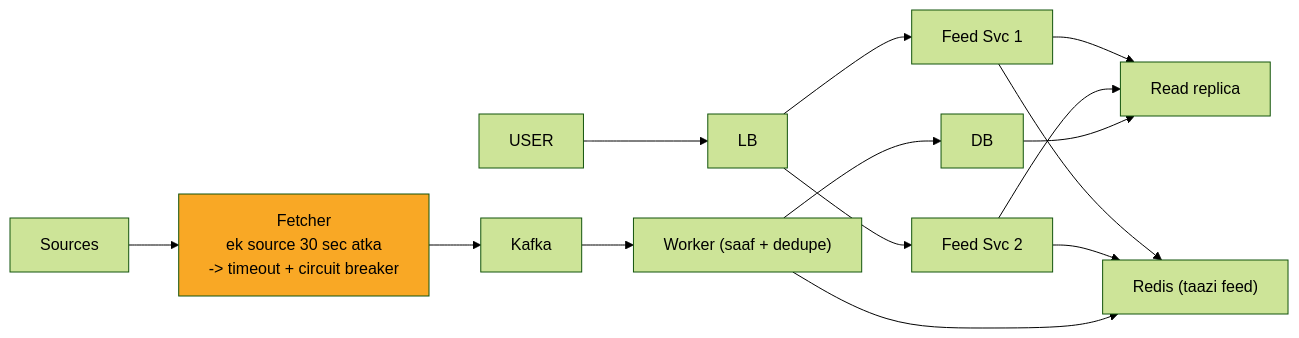
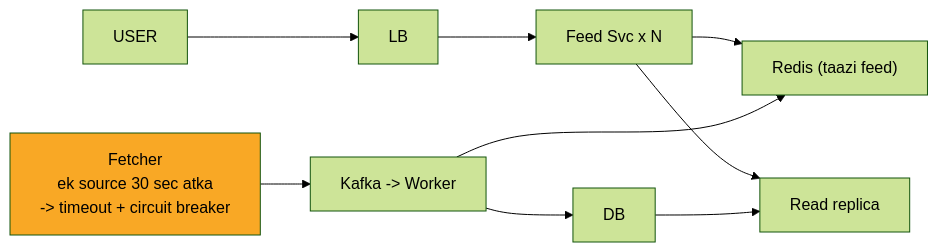
One commit to ArpanMaheshwari144/Prep changed the sixth of 11 diagrams in 04_HLD/SYSTEM_DESIGNS/08_news_aggregator/08_news_aggregator_INTERVIEW.md. Above: the diagram before and after it, drawn with Mermaid (forest theme). The commit also changed other lines of this file and 11 other files, not shown here.

Commit message:
hld: card diagrams max 8 boxes (App x N, merged stores/chains; full diagram only in AAKHRI DABBA)

````diff
--- a/04_HLD/SYSTEM_DESIGNS/08_news_aggregator/08_news_aggregator_INTERVIEW.md
+++ b/04_HLD/SYSTEM_DESIGNS/08_news_aggregator/08_news_aggregator_INTERVIEW.md
@@ -235,28 +219,20 @@
 ```mermaid
 flowchart LR
     n_USER["USER"]
     n_LB["LB"]
-    n_Feed_Svc_x_N_1["Feed Svc 1"]
-    n_Feed_Svc_x_N_2["Feed Svc 2"]
+    n_Feed_Svc_xN["Feed Svc x N"]
     n_Redis["Redis (taazi feed)"]
     n_Read_replica["Read replica"]
     n_DB["DB"]
-    n_Worker["Worker (saaf + dedupe)"]
-    n_Kafka["Kafka"]
+    n_KW["Kafka -> Worker"]
     n_Fetcher["Fetcher<br/>ek source 30 sec atka<br/>-> timeout + circuit breaker"]
-    n_Sources["Sources"]
     n_USER --> n_LB
-    n_LB --> n_Feed_Svc_x_N_1
-    n_LB --> n_Feed_Svc_x_N_2
-    n_Feed_Svc_x_N_1 --> n_Redis
-    n_Feed_Svc_x_N_2 --> n_Redis
-    n_Feed_Svc_x_N_1 --> n_Read_replica
-    n_Feed_Svc_x_N_2 --> n_Read_replica
+    n_LB --> n_Feed_Svc_xN
+    n_Feed_Svc_xN --> n_Redis
+    n_Feed_Svc_xN --> n_Read_replica
     n_DB --> n_Read_replica
-    n_Worker --> n_DB
-    n_Worker --> n_Redis
-    n_Kafka --> n_Worker
-    n_Fetcher --> n_Kafka
-    n_Sources --> n_Fetcher
+    n_KW --> n_DB
+    n_KW --> n_Redis
+    n_Fetcher --> n_KW
     style n_Fetcher fill:#f9a825,color:#000
 ```
````
